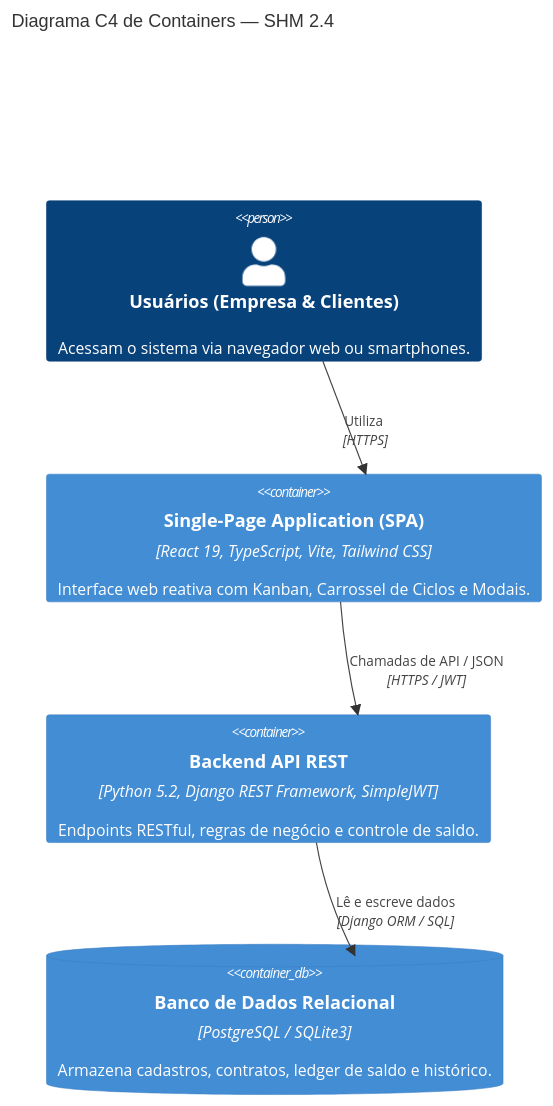
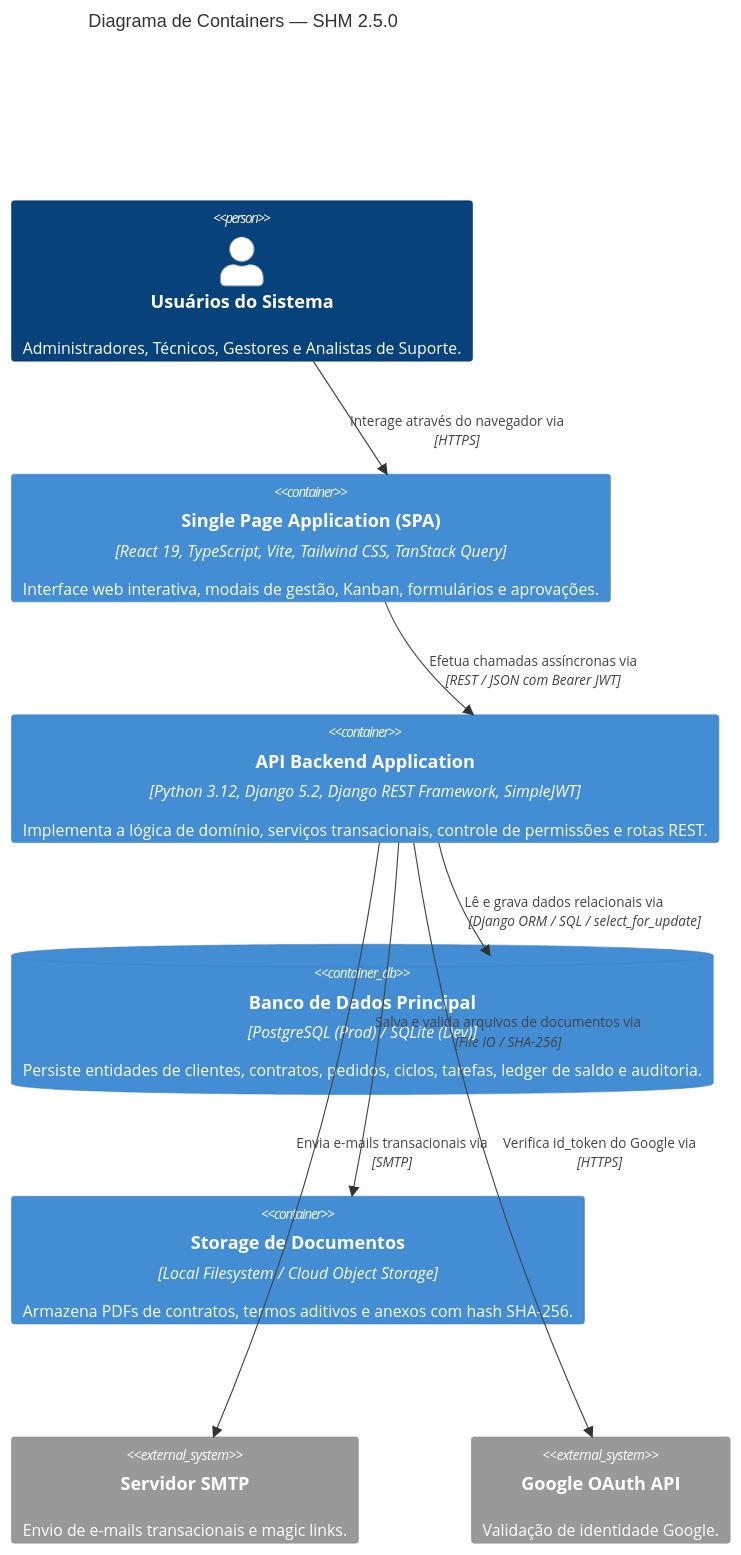
One commit to andresouza72br-sketch/SHM---Support-Hours-Manage changed the diagram in _reversa_sdd/c4-containers.md. Above: the diagram before and after it, drawn with Mermaid. The commit also changed 6 other files, not shown here.

Commit message:
docs(sdd): update C4 architecture, ERD, deployment, and impact matrix

````diff
--- a/_reversa_sdd/c4-containers.md
+++ b/_reversa_sdd/c4-containers.md
@@ -3,14 +3,21 @@
 ```mermaid
 C4Container
-    title Diagrama C4 de Containers — SHM 2.4
+    title Diagrama de Containers — SHM 2.5.0
 
-    Person(users, "Usuários (Empresa & Clientes)", "Acessam o sistema via navegador web ou smartphones.")
+    Person(user, "Usuários do Sistema", "Administradores, Técnicos, Gestores e Analistas de Suporte.")
 
-    Container(spa, "Single-Page Application (SPA)", "React 19, TypeScript, Vite, Tailwind CSS", "Interface web reativa com Kanban, Carrossel de Ciclos e Modais.")
-    Container(api, "Backend API REST", "Python 5.2, Django REST Framework, SimpleJWT", "Endpoints RESTful, regras de negócio e controle de saldo.")
-    ContainerDb(db, "Banco de Dados Relacional", "PostgreSQL / SQLite3", "Armazena cadastros, contratos, ledger de saldo e histórico.")
+    Container(spa, "Single Page Application (SPA)", "React 19, TypeScript, Vite, Tailwind CSS, TanStack Query", "Interface web interativa, modais de gestão, Kanban, formulários e aprovações.")
+    Container(api, "API Backend Application", "Python 3.12, Django 5.2, Django REST Framework, SimpleJWT", "Implementa a lógica de domínio, serviços transacionais, controle de permissões e rotas REST.")
+    ContainerDb(db, "Banco de Dados Principal", "PostgreSQL (Prod) / SQLite (Dev)", "Persiste entidades de clientes, contratos, pedidos, ciclos, tarefas, ledger de saldo e auditoria.")
+    Container(storage, "Storage de Documentos", "Local Filesystem / Cloud Object Storage", "Armazena PDFs de contratos, termos aditivos e anexos com hash SHA-256.")
 
-    Rel(users, spa, "Utiliza", "HTTPS")
-    Rel(spa, api, "Chamadas de API / JSON", "HTTPS / JWT")
-    Rel(api, db, "Lê e escreve dados", "Django ORM / SQL")
+    System_Ext(smtp, "Servidor SMTP", "Envio de e-mails transacionais e magic links.")
+    System_Ext(google, "Google OAuth API", "Validação de identidade Google.")
+
+    Rel(user, spa, "Interage através do navegador via", "HTTPS")
+    Rel(spa, api, "Efetua chamadas assíncronas via", "REST / JSON com Bearer JWT")
+    Rel(api, db, "Lê e grava dados relacionais via", "Django ORM / SQL / select_for_update")
+    Rel(api, storage, "Salva e valida arquivos de documentos via", "File IO / SHA-256")
+    Rel(api, smtp, "Envia e-mails transacionais via", "SMTP")
+    Rel(api, google, "Verifica id_token do Google via", "HTTPS")
 ```
````
